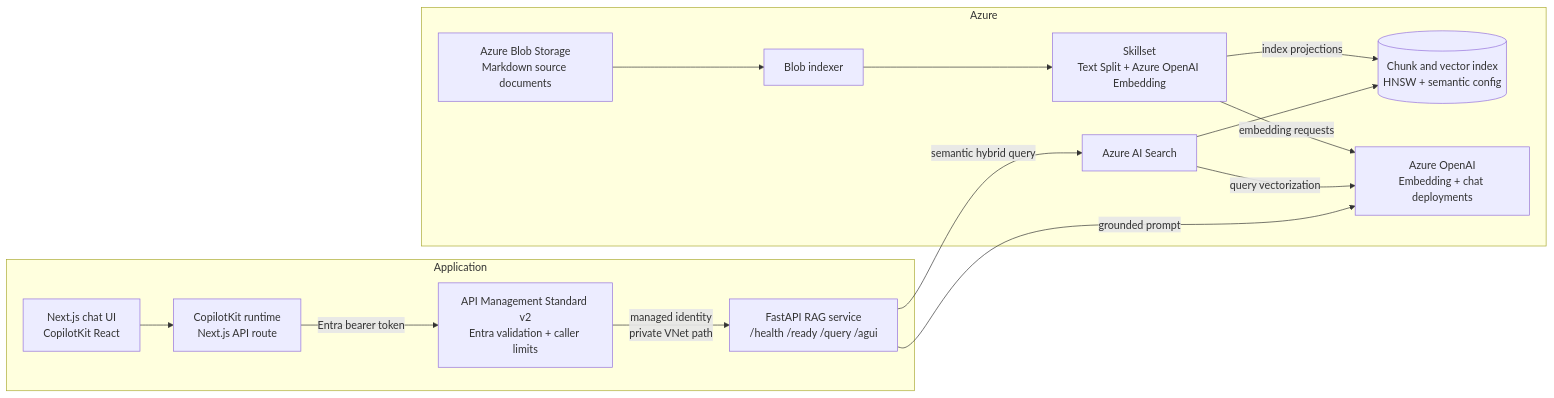
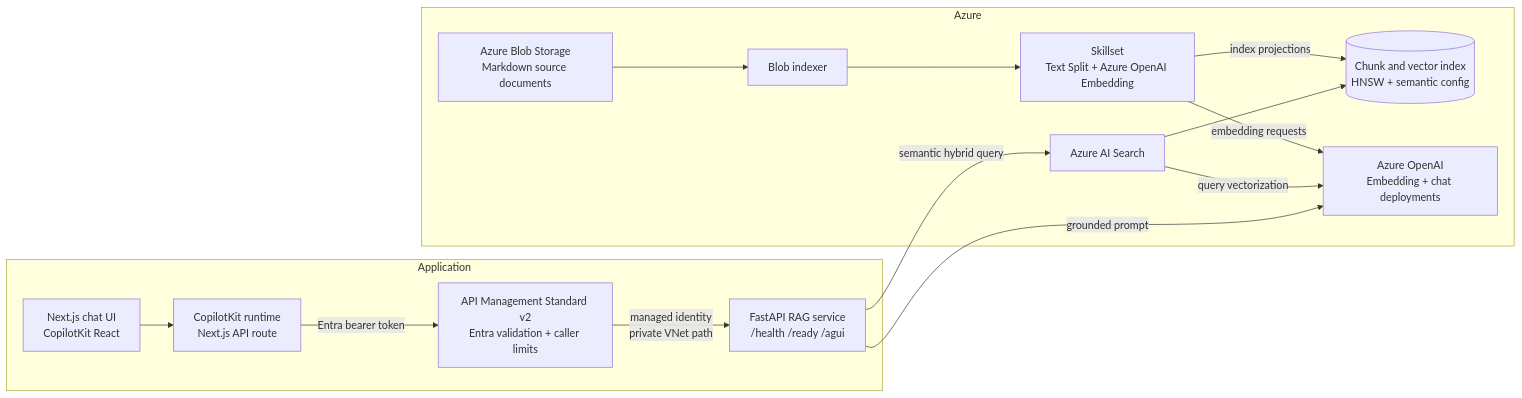
One commit to KostasCherv/azure-rag-system changed the first of 3 diagrams in README.md. Above: the diagram before and after it, drawn with Mermaid. The commit also changed other lines of this file and 9 other files, not shown here.

Commit message:
refactor(api): remove deprecated query endpoint and update AG-UI rate limiting in API Management policies

````diff
--- a/README.md
+++ b/README.md
@@ -9,30 +9,30 @@
 ```mermaid
 flowchart LR
     subgraph Azure[Azure]
         Blob[Azure Blob Storage<br/>Markdown source documents]
         Search[Azure AI Search]
         Indexer[Blob indexer]
         Skills[Skillset<br/>Text Split + Azure OpenAI Embedding]
         Index[(Chunk and vector index<br/>HNSW + semantic config)]
         AOAI[Azure OpenAI<br/>Embedding + chat deployments]
     end
 
     subgraph App[Application]
         APIM[API Management Standard v2<br/>Entra validation + caller limits]
-        API[FastAPI RAG service<br/>/health /ready /query /agui]
+        API[FastAPI RAG service<br/>/health /ready /agui]
         Runtime[CopilotKit runtime<br/>Next.js API route]
         UI[Next.js chat UI<br/>CopilotKit React]
     end
 
     Blob --> Indexer
     Indexer --> Skills
     Skills -->|embedding requests| AOAI
     Skills -->|index projections| Index
     API -->|semantic hybrid query| Search
     Search --> Index
     Search -->|query vectorization| AOAI
     API -->|grounded prompt| AOAI
     UI --> Runtime
     Runtime -->|Entra bearer token| APIM
     APIM -->|managed identity<br/>private VNet path| API
 ```
````
